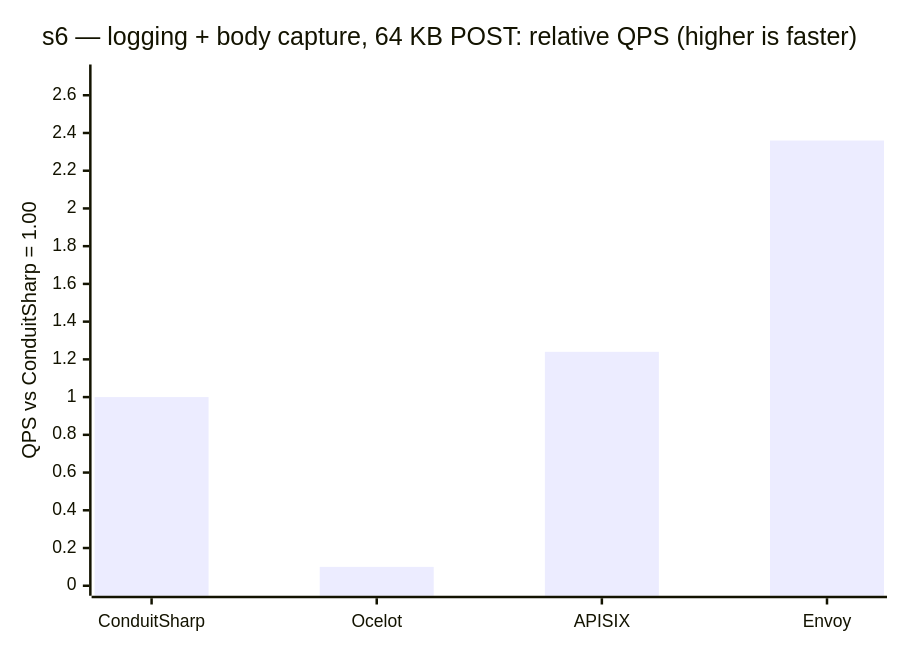
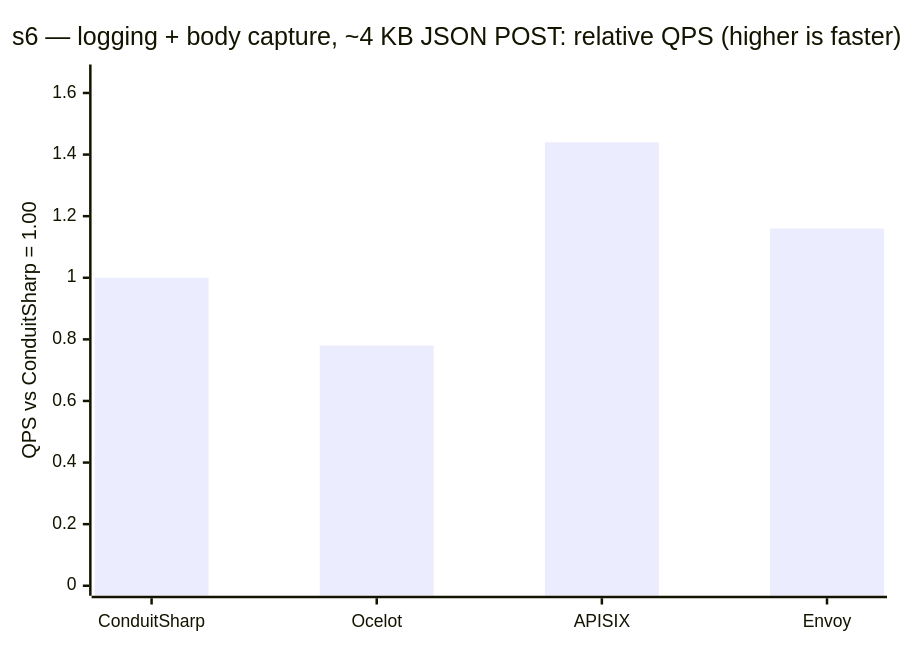
The ninth of 9 diagrams in README.md (liqngliz/ConduitSharp), drawn with Mermaid before and after one commit. The commit also changed other lines of this file and 1 other file, not shown here.

````diff
--- a/README.md
+++ b/README.md
@@ -540,7 +540,7 @@
 ```mermaid
 xychart-beta
-    title "s6 — logging + body capture, 64 KB POST: relative QPS (higher is faster)"
+    title "s6 — logging + body capture, ~4 KB JSON POST: relative QPS (higher is faster)"
     x-axis ["ConduitSharp", "Ocelot", "APISIX", "Envoy"]
-    y-axis "QPS vs ConduitSharp = 1.00" 0 --> 2.71
-    bar [1.00, 0.10, 1.24, 2.36]
+    y-axis "QPS vs ConduitSharp = 1.00" 0 --> 1.66
+    bar [1.00, 0.78, 1.44, 1.16]
 ```
````
